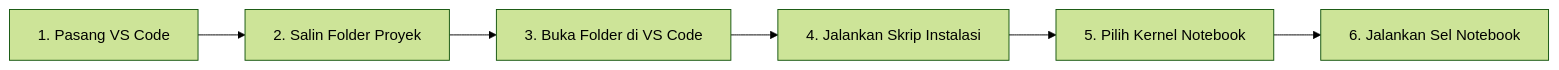
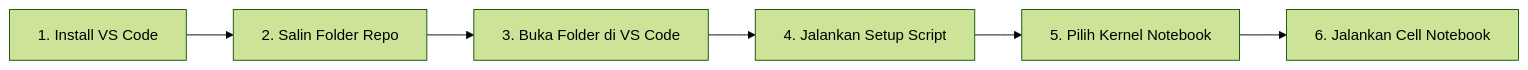
The diagram in docs/id/PANDUAN_INSTALASI_WINDOWS.md (abednb/sumbar_flood_hazard), drawn with Mermaid (forest theme) before and after one commit. The commit also changed other lines of this file and 6 other files, not shown here.

````diff
--- a/docs/id/PANDUAN_INSTALASI_WINDOWS.md
+++ b/docs/id/PANDUAN_INSTALASI_WINDOWS.md
@@ -13,8 +13,8 @@
 ```mermaid
 graph LR
-    S1[1. Pasang VS Code] --> S2[2. Salin Folder Proyek]
+    S1[1. Install VS Code] --> S2[2. Salin Folder Repo]
     S2 --> S3[3. Buka Folder di VS Code]
-    S3 --> S4[4. Jalankan Skrip Instalasi]
+    S3 --> S4[4. Jalankan Setup Script]
     S4 --> S5[5. Pilih Kernel Notebook]
-    S5 --> S6[6. Jalankan Sel Notebook]
+    S5 --> S6[6. Jalankan Cell Notebook]
 ```
````
